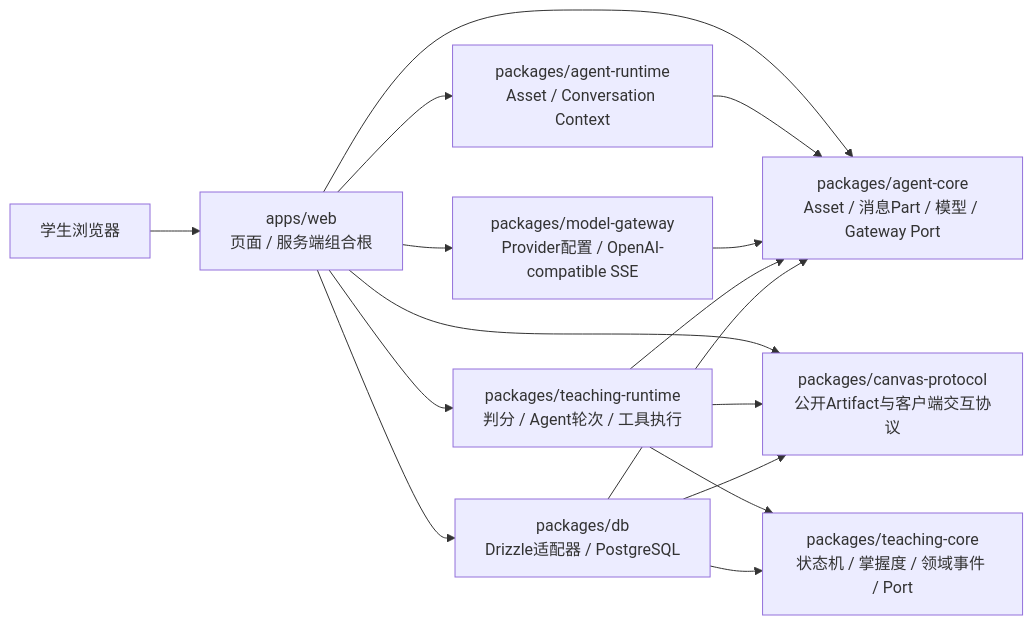
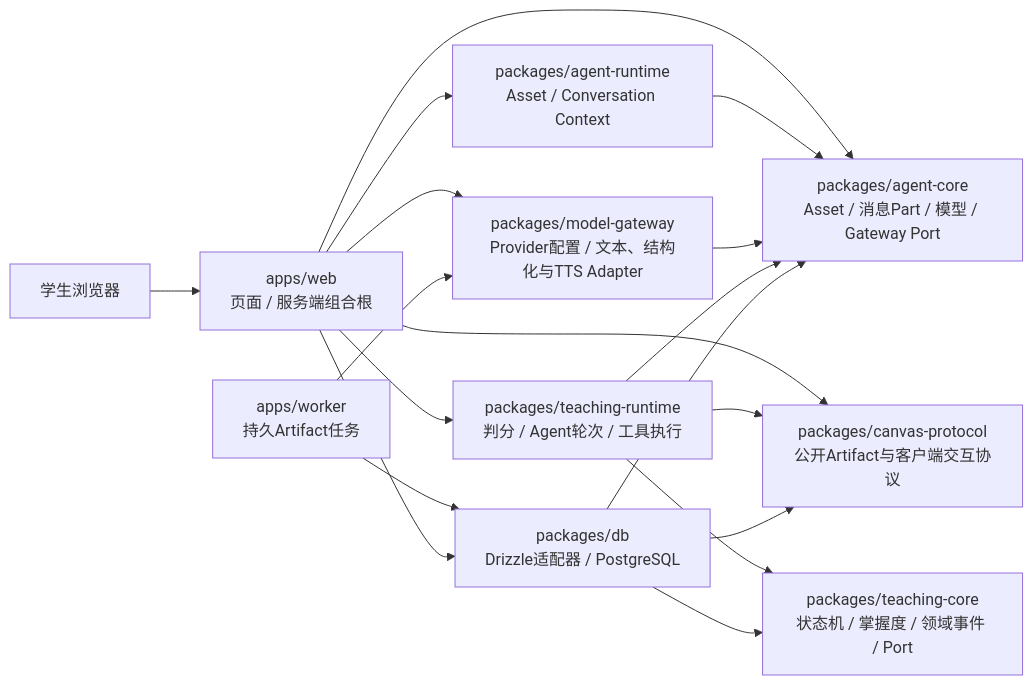
Before and after one commit to Timcai06/EduCanvas: the second of 3 diagrams in docs/02-architecture/system-architecture.md, drawn with Mermaid. The commit also changed other lines of this file and 52 other files, not shown here.

````diff
--- a/docs/02-architecture/system-architecture.md
+++ b/docs/02-architecture/system-architecture.md
@@ -38,18 +38,20 @@
 ```mermaid
 flowchart LR
     student[学生浏览器] --> web["apps/web<br/>页面 / 服务端组合根"]
     web --> agent["packages/agent-core<br/>Asset / 消息Part / 模型 / Gateway Port"]
     web --> agentRuntime["packages/agent-runtime<br/>Asset / Conversation Context"]
     web --> canvas["packages/canvas-protocol<br/>公开Artifact与客户端交互协议"]
     web --> runtime["packages/teaching-runtime<br/>判分 / Agent轮次 / 工具执行"]
-    web --> gateway["packages/model-gateway<br/>Provider配置 / OpenAI-compatible SSE"]
+    web --> gateway["packages/model-gateway<br/>Provider配置 / 文本、结构化与TTS Adapter"]
+    worker["apps/worker<br/>持久Artifact任务"] --> gateway
+    worker --> db
     web --> db["packages/db<br/>Drizzle适配器 / PostgreSQL"]
     agentRuntime --> agent
     gateway --> agent
     runtime --> agent
     runtime --> canvas
     runtime --> teaching["packages/teaching-core<br/>状态机 / 掌握度 / 领域事件 / Port"]
     db --> teaching
     db --> agent
     db --> canvas
 ```
````
